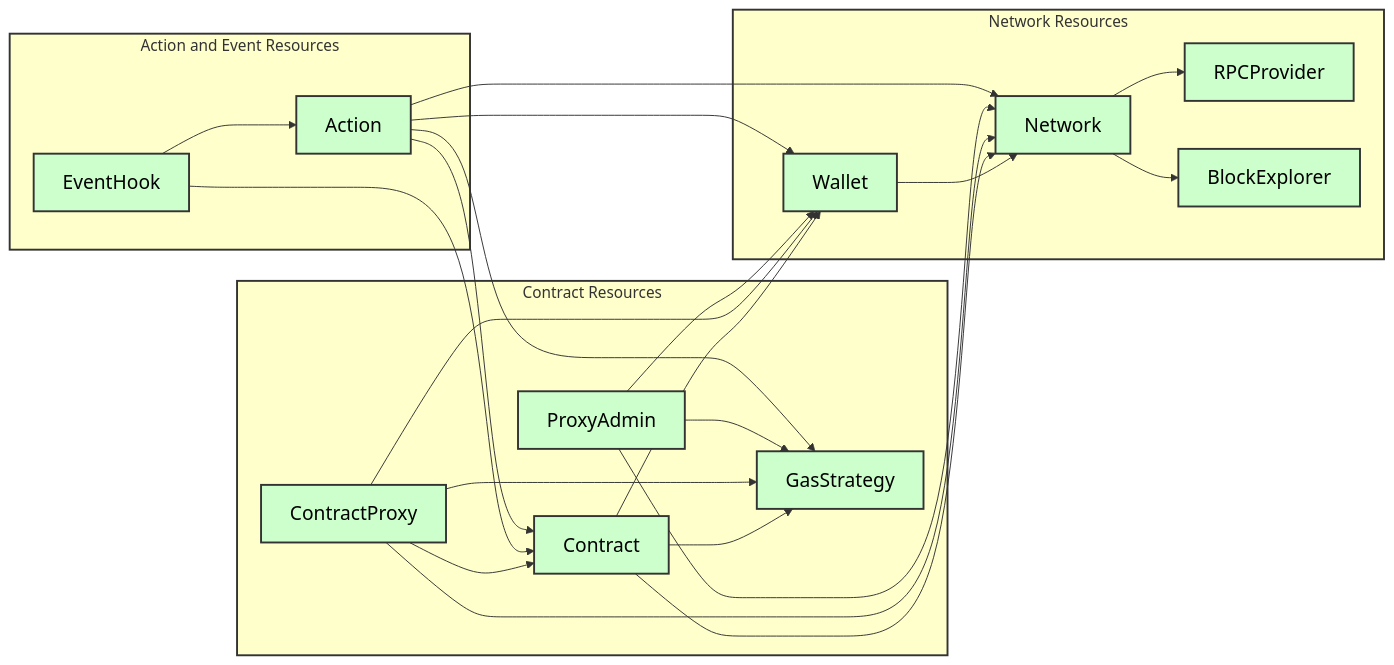
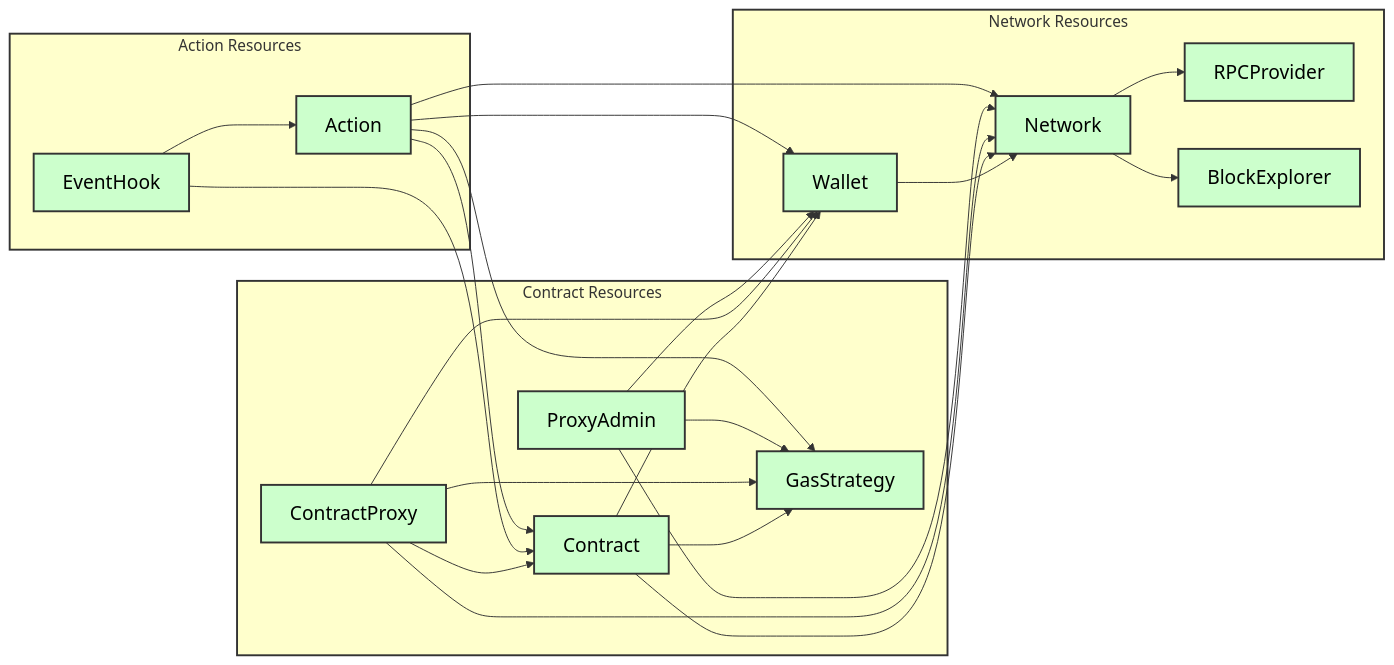
One commit to expedio-blockchain/Kontract changed the diagram in README.md. Above: the diagram before and after it, drawn with Mermaid.

Commit message:
add diagram

````diff
--- a/README.md
+++ b/README.md
@@ -23,37 +23,37 @@
 ```mermaid
 graph LR
     %% Define the style for subgraph and component boxes
     classDef componentBox fill:#ccffcc,stroke:#333,stroke-width:2px,font-size:20px,color:#000;
 
     %% Grouping related resources in subgraphs with enhanced readability
     subgraph Network_Resources["Network Resources"]
         style Network_Resources fill:#ffffcc,stroke:#333,stroke-width:2px;
         Network:::componentBox --> RPCProvider:::componentBox
         Network --> BlockExplorer:::componentBox
         Wallet:::componentBox --> Network
     end
 
     subgraph Contract_Resources["Contract Resources"]
         style Contract_Resources fill:#ffffcc,stroke:#333,stroke-width:2px;
         Contract:::componentBox --> Network
         Contract --> Wallet
         Contract --> GasStrategy:::componentBox
         ContractProxy:::componentBox --> Network
         ContractProxy --> Wallet
         ContractProxy --> Contract
         ContractProxy --> GasStrategy
         ProxyAdmin:::componentBox --> Network
         ProxyAdmin --> Wallet
         ProxyAdmin --> GasStrategy
     end
 
-    subgraph Action_Event_Resources["Action and Event Resources"]
+    subgraph Action_Event_Resources["Action Resources"]
         style Action_Event_Resources fill:#ffffcc,stroke:#333,stroke-width:2px;
         EventHook:::componentBox --> Action:::componentBox
         EventHook --> Contract
         Action --> Contract
         Action --> Network
         Action --> Wallet
         Action --> GasStrategy
     end
 ```
````
